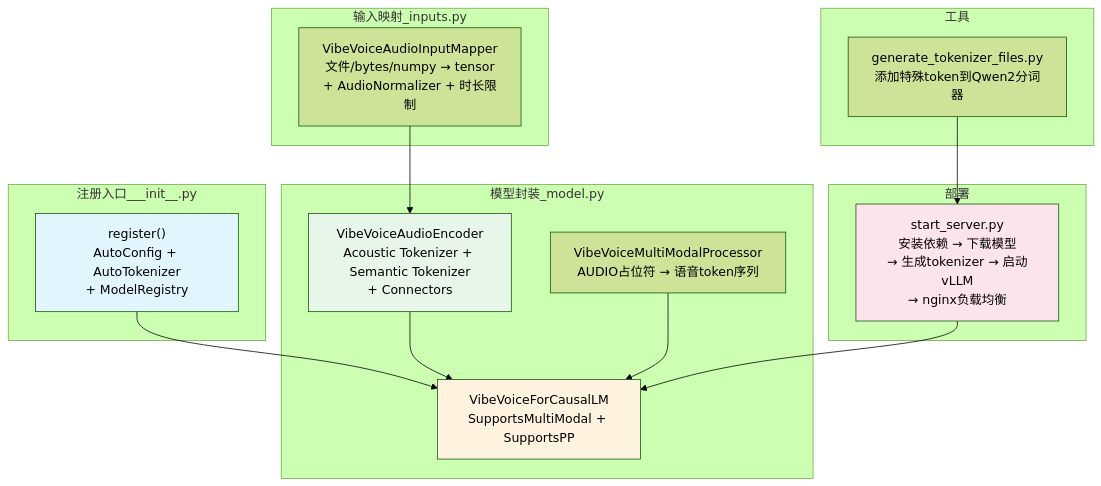
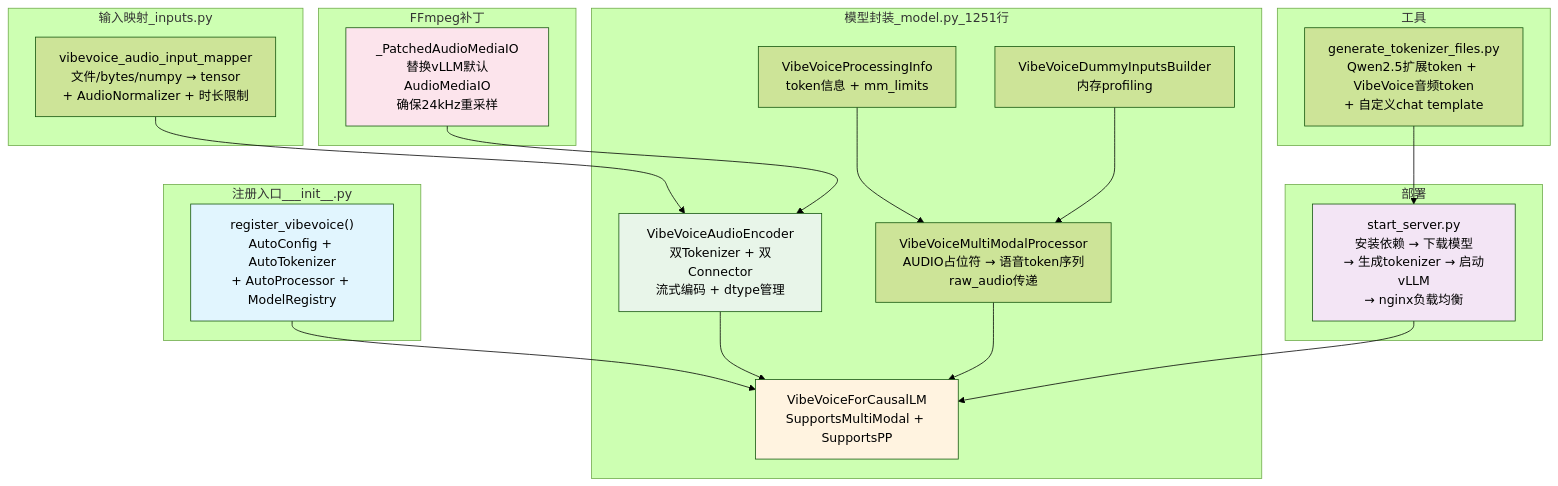
The second of 7 diagrams in ReadCode_Ch6_ProcessorAndDeployment.md (liangrui/VibeVoice), drawn with Mermaid (forest theme) before and after one commit. The commit also changed other lines of this file, not shown here.

````diff
--- a/ReadCode_Ch6_ProcessorAndDeployment.md
+++ b/ReadCode_Ch6_ProcessorAndDeployment.md
@@ -197,36 +197,46 @@
 ```mermaid
 graph TB
     subgraph 注册入口___init__.py
-        REG["register()<br/>AutoConfig + AutoTokenizer<br/>+ ModelRegistry"]
+        REG["register_vibevoice()<br/>AutoConfig + AutoTokenizer<br/>+ AutoProcessor + ModelRegistry"]
     end
 
-    subgraph 模型封装_model.py
-        AE["VibeVoiceAudioEncoder<br/>Acoustic Tokenizer + Semantic Tokenizer<br/>+ Connectors"]
-        MMP["VibeVoiceMultiModalProcessor<br/>AUDIO占位符 → 语音token序列"]
+    subgraph 模型封装_model.py_1251行
+        AE["VibeVoiceAudioEncoder<br/>双Tokenizer + 双Connector<br/>流式编码 + dtype管理"]
+        MMP["VibeVoiceMultiModalProcessor<br/>AUDIO占位符 → 语音token序列<br/>raw_audio传递"]
         VLM["VibeVoiceForCausalLM<br/>SupportsMultiModal + SupportsPP"]
+        PI["VibeVoiceProcessingInfo<br/>token信息 + mm_limits"]
+        DIB["VibeVoiceDummyInputsBuilder<br/>内存profiling"]
     end
 
     subgraph 输入映射_inputs.py
-        AIM["VibeVoiceAudioInputMapper<br/>文件/bytes/numpy → tensor<br/>+ AudioNormalizer + 时长限制"]
+        AIM["vibevoice_audio_input_mapper<br/>文件/bytes/numpy → tensor<br/>+ AudioNormalizer + 时长限制"]
+    end
+
+    subgraph FFmpeg补丁
+        PATCH["_PatchedAudioMediaIO<br/>替换vLLM默认AudioMediaIO<br/>确保24kHz重采样"]
     end
 
     subgraph 工具
-        GEN["generate_tokenizer_files.py<br/>添加特殊token到Qwen2分词器"]
+        GEN["generate_tokenizer_files.py<br/>Qwen2.5扩展token + VibeVoice音频token<br/>+ 自定义chat template"]
     end
 
     subgraph 部署
         START["start_server.py<br/>安装依赖 → 下载模型<br/>→ 生成tokenizer → 启动vLLM<br/>→ nginx负载均衡"]
     end
 
     REG --> VLM
     AE --> VLM
     MMP --> VLM
+    PI --> MMP
+    DIB --> MMP
     AIM --> AE
+    PATCH --> AE
     GEN --> START
     START --> VLM
 
     style REG fill:#e1f5fe
     style AE fill:#e8f5e9
     style VLM fill:#fff3e0
-    style START fill:#fce4ec
+    style PATCH fill:#fce4ec
+    style START fill:#f3e5f5
 ```
````
